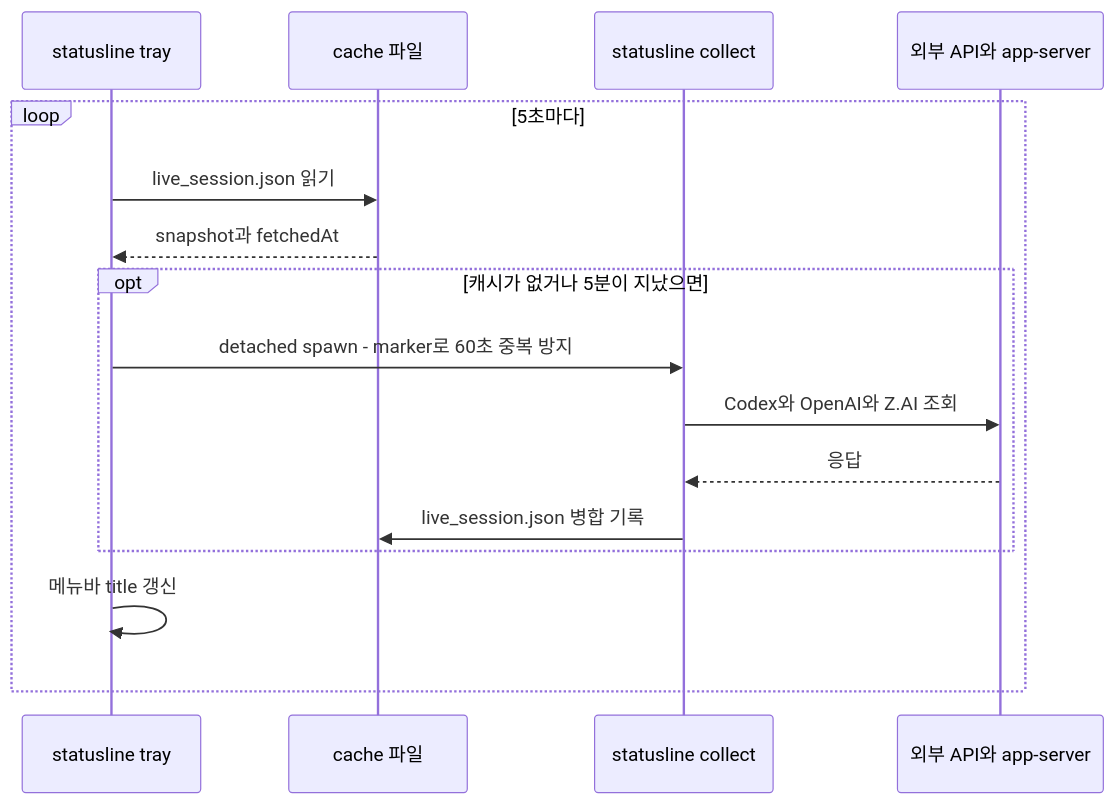
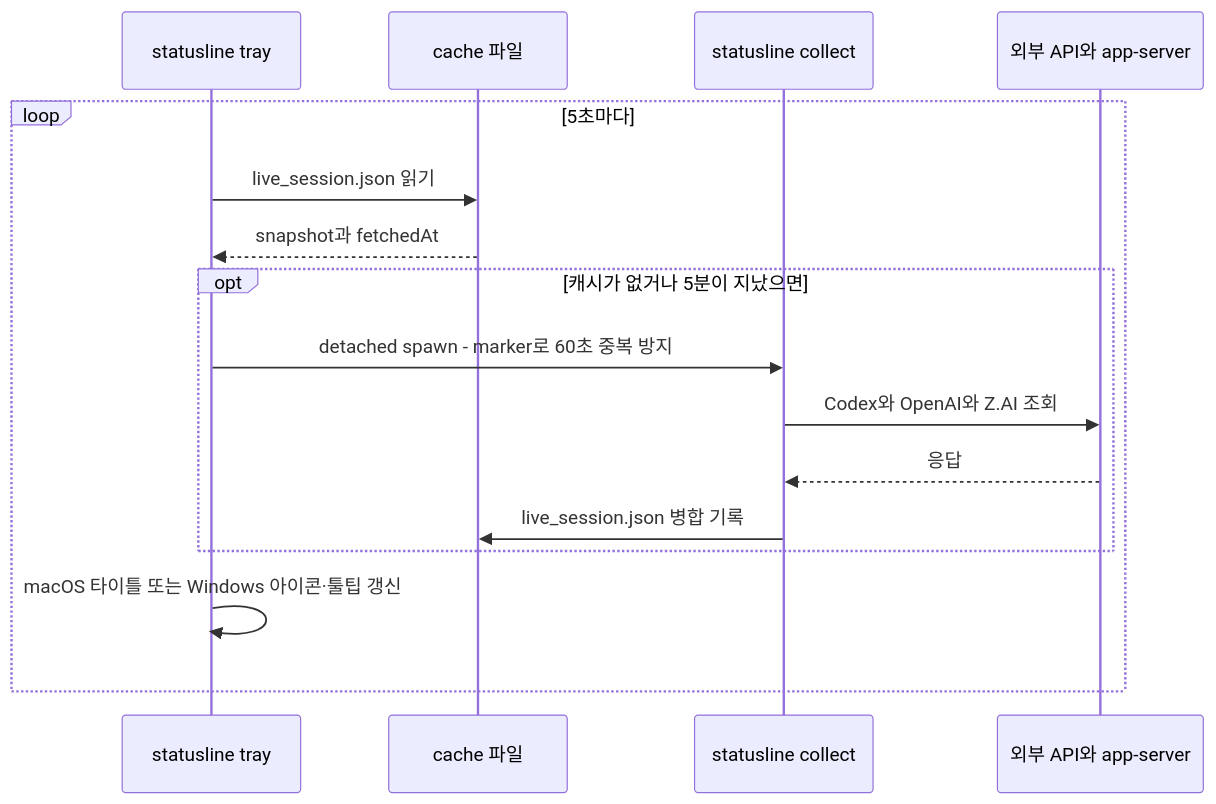
One commit to deuxksy/statusline changed the sixth of 6 diagrams in docs/okf/explanation/architecture.md. Above: the diagram before and after it, drawn with Mermaid. The commit also changed other lines of this file and 9 other files, not shown here.

````diff
--- a/docs/okf/explanation/architecture.md
+++ b/docs/okf/explanation/architecture.md
@@ -208,18 +208,18 @@
 ```mermaid
 sequenceDiagram
     participant T as statusline tray
     participant F as cache 파일
     participant C as statusline collect
     participant A as 외부 API와 app-server
     loop 5초마다
         T->>F: live_session.json 읽기
         F-->>T: snapshot과 fetchedAt
         opt 캐시가 없거나 5분이 지났으면
             T->>C: detached spawn - marker로 60초 중복 방지
             C->>A: Codex와 OpenAI와 Z.AI 조회
             A-->>C: 응답
             C->>F: live_session.json 병합 기록
         end
-        T->>T: 메뉴바 title 갱신
+        T->>T: macOS 타이틀 또는 Windows 아이콘·툴팁 갱신
     end
 ```
````
